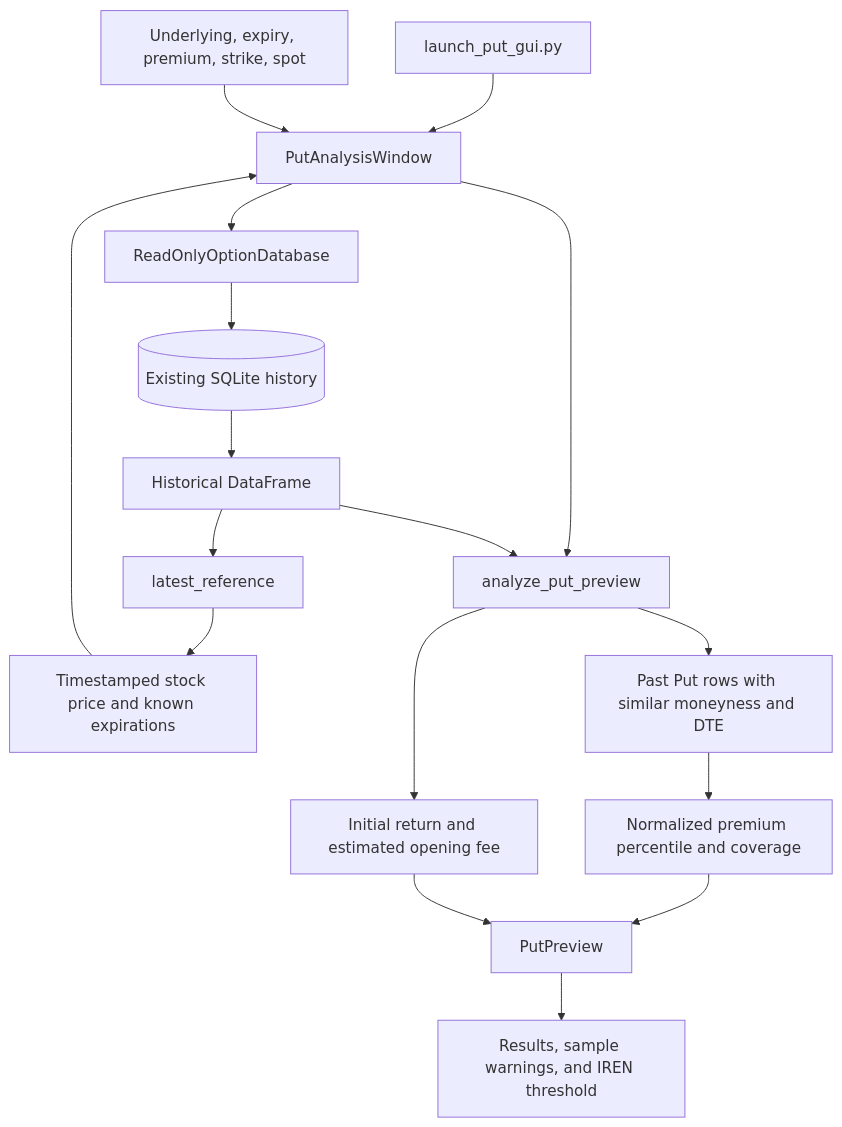
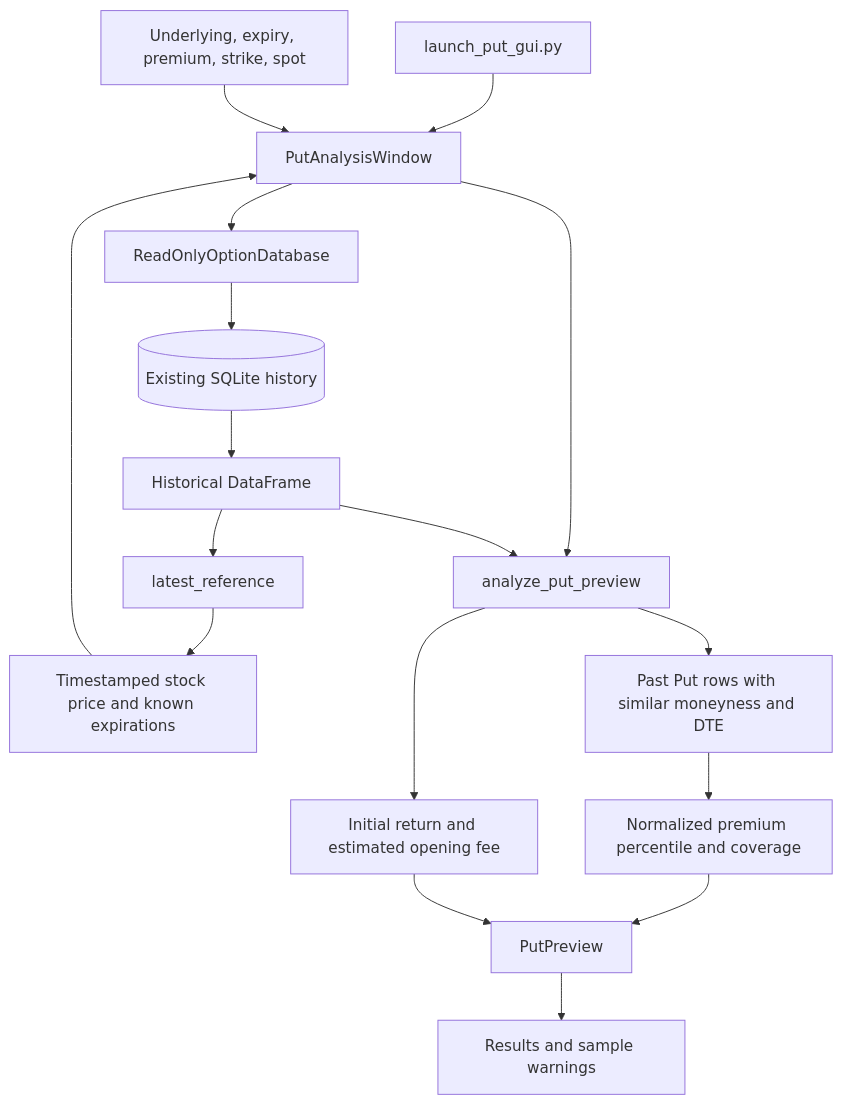
One commit to theoder01/Lemon-option-quant changed the fourth of 4 diagrams in docs/architecture.md. Above: the diagram before and after it, drawn with Mermaid. The commit also changed other lines of this file and 8 other files, not shown here.

````diff
--- a/docs/architecture.md
+++ b/docs/architecture.md
@@ -254,19 +249,19 @@
 ```mermaid
 flowchart TD
     Launch[launch_put_gui.py] --> Window[PutAnalysisWindow]
     Inputs[Underlying, expiry, premium, strike, spot] --> Window
     Window --> Reader[ReadOnlyOptionDatabase]
     Reader --> DB[(Existing SQLite history)]
     DB --> History[Historical DataFrame]
     History --> Reference[latest_reference]
     Reference --> ReferenceFields[Timestamped stock price and known expirations]
     ReferenceFields --> Window
     Window --> Preview[analyze_put_preview]
     History --> Preview
     Preview --> Return[Initial return and estimated opening fee]
     Preview --> Match[Past Put rows with similar moneyness and DTE]
     Match --> Stats[Normalized premium percentile and coverage]
     Stats --> Result[PutPreview]
     Return --> Result
-    Result --> Display[Results, sample warnings, and IREN threshold]
+    Result --> Display[Results and sample warnings]
 ```
````
